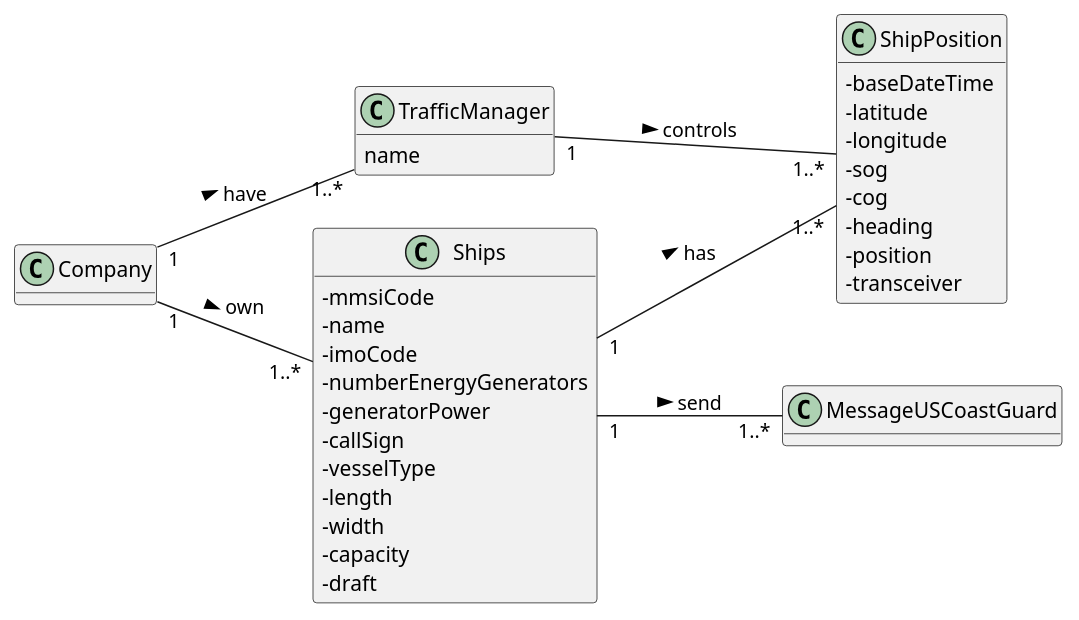
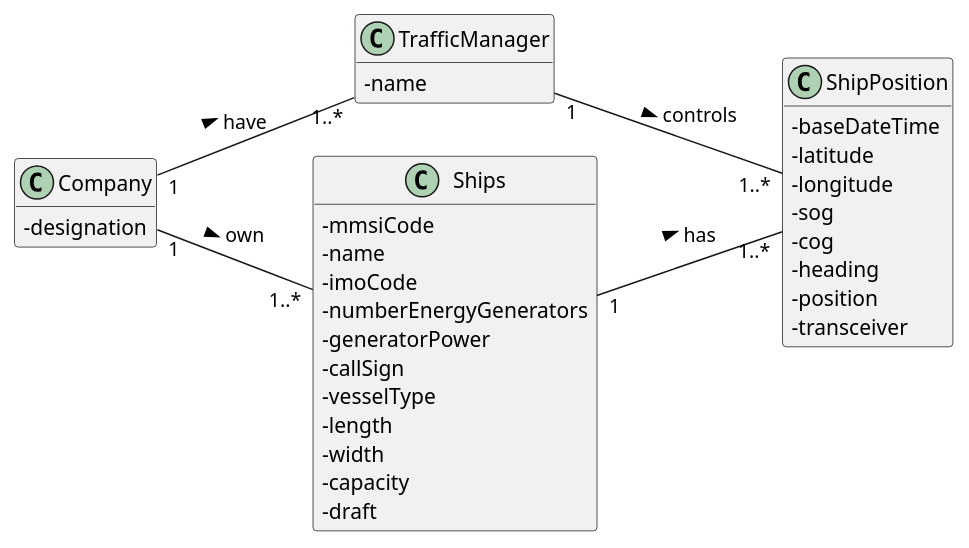
Before and after one commit to 0franciscor/lapr3-2021-g042: the diagram in docs/US103/US103_DM.puml, drawn with PlantUML. The commit also changed 6 other files, not shown here.

```diff
--- a/docs/US103/US103_DM.puml
+++ b/docs/US103/US103_DM.puml
@@ -1,53 +1,48 @@
 @startuml
 'https://plantuml.com/class-diagram
 
 hide methods
 left to right direction
 skinparam classAttributeIconSize 0
 
 class TrafficManager {
-name
+-name
 }
 
 class ShipPosition {
 -baseDateTime
 -latitude
 -longitude
 -sog
 -cog
 -heading
 -position
 -transceiver
 }
 
 class Ships {
 -mmsiCode
 -name
 -imoCode
 -numberEnergyGenerators
 -generatorPower
 -callSign
 -vesselType
 -length
 -width
 -capacity
 -draft
 }
 
-class MessageUSCoastGuard {
-
-}
-
 class Company {
-
+-designation
 }
 
 Company "1"--"1..*" Ships: own >
 Company "1"--"1..*" TrafficManager: have >
 
-Ships "1"--"1..*" MessageUSCoastGuard: send >
 Ships "1" -- "1..*" ShipPosition : has >
 
 TrafficManager "1" -- "1..*" ShipPosition : controls >
 
 @enduml
```
